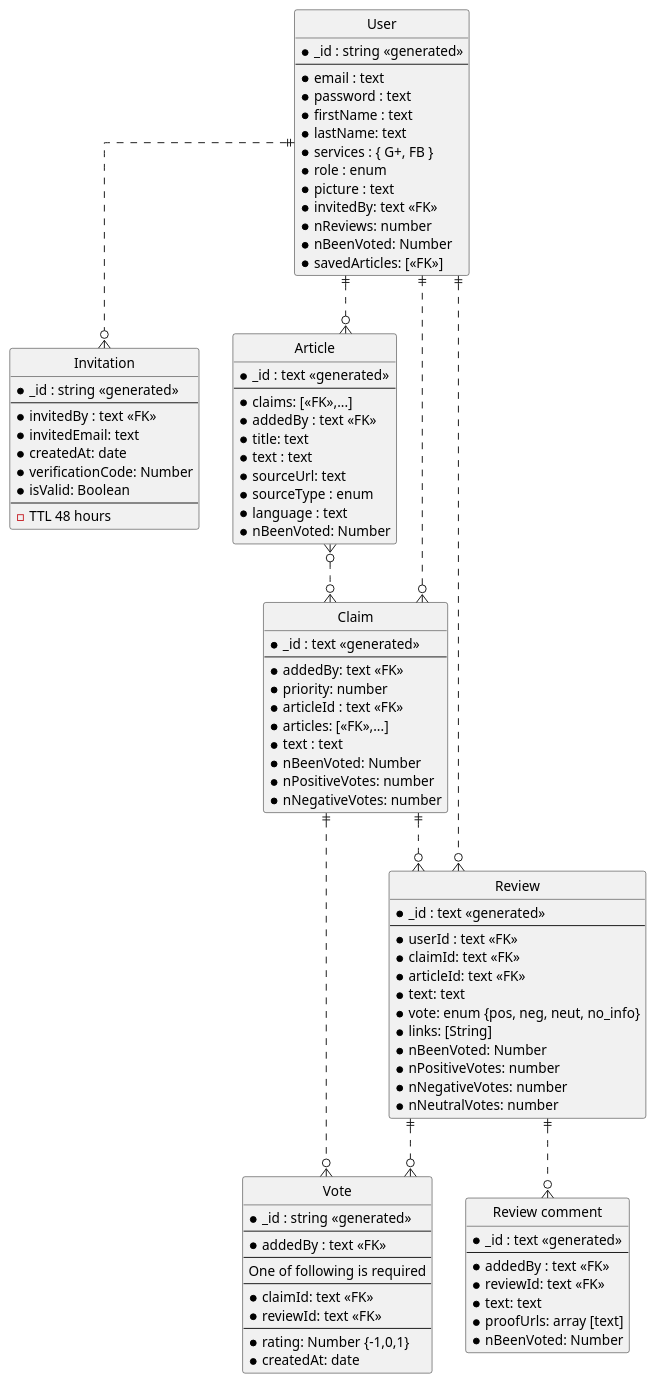
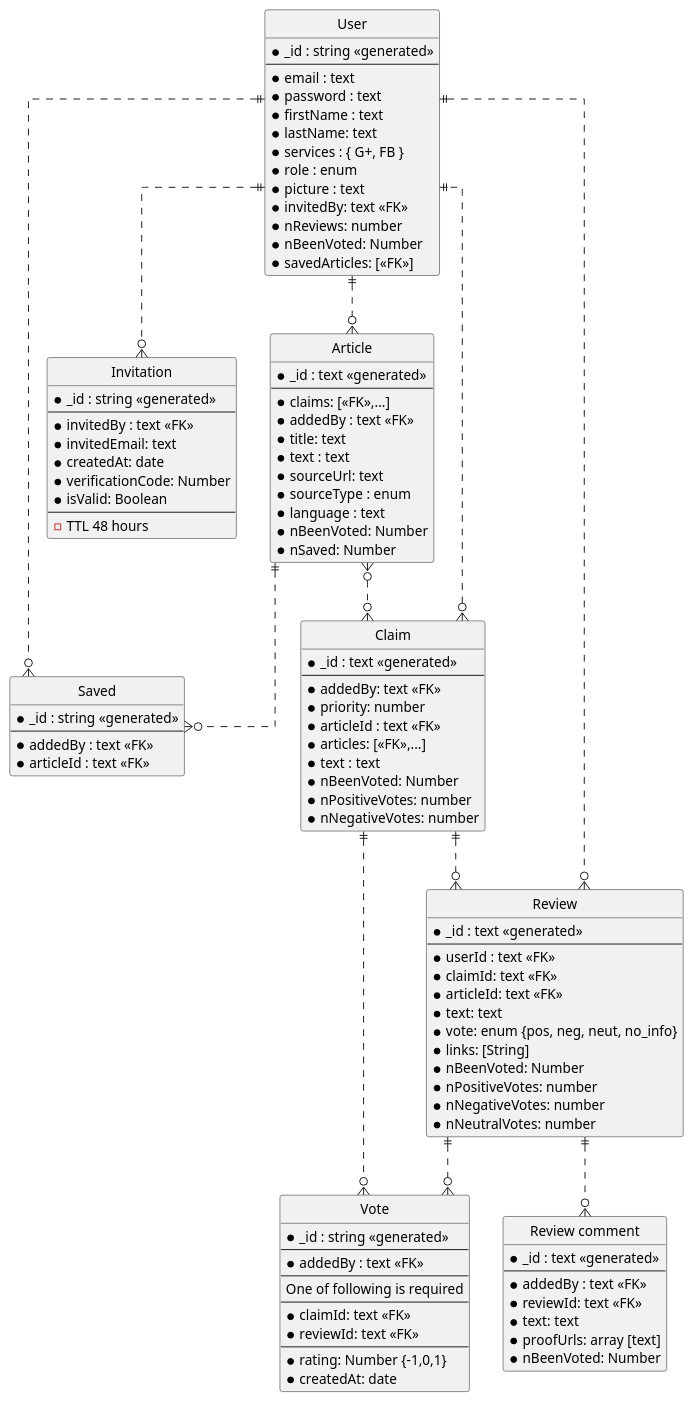
The diagram in sys_docs/entity_relations.puml (aic-factcheck/fact_checking_be), drawn with PlantUML before and after one commit. The commit also changed 5 other files, not shown here.

```diff
--- a/sys_docs/entity_relations.puml
+++ b/sys_docs/entity_relations.puml
@@ -1,115 +1,125 @@
 @startuml Entity relations
 ' hide the spot
 hide circle
 
 ' avoid problems with angled crows feet
 skinparam linetype ortho
 
 entity "User" as user {
   *_id : string <<generated>>
   --
   *email : text
   *password : text
   *firstName : text
   *lastName: text
   *services : { G+, FB }
   *role : enum
   *picture : text
   *invitedBy: text <<FK>>
   *nReviews: number
   *nBeenVoted: Number
   *savedArticles: [<<FK>>]
+}
+
+entity "Saved" as saved {
+  *_id : string <<generated>>
+  --
+  *addedBy : text <<FK>>
+  *articleId : text <<FK>>
 }
 
 entity "Invitation" as inv {
   *_id : string <<generated>>
   --
   *invitedBy : text <<FK>>
   *invitedEmail: text
   *createdAt: date
   *verificationCode: Number
   *isValid: Boolean
   --
   - TTL 48 hours
 }
 
 entity "Vote" as vote {
   *_id : string <<generated>>
   --
   *addedBy : text <<FK>>
   --
   One of following is required
   --
   ' *userId: text <<FK>>
   ' *articleId: text <<FK>>
   *claimId: text <<FK>>
   *reviewId: text <<FK>>
   --
   ' *text: Text
   *rating: Number {-1,0,1}
   *createdAt: date
 }
 
 entity "Article" as article {
   *_id : text <<generated>>
   --
   *claims: [<<FK>>,...]
   *addedBy : text <<FK>>
   *title: text
   *text : text
   *sourceUrl: text
   *sourceType : enum
   *language : text
   *nBeenVoted: Number
+  *nSaved: Number
 }
 
 entity "Claim" as claim {
   *_id : text <<generated>>
   --
   *addedBy: text <<FK>>
   *priority: number
   *articleId : text <<FK>>
   *articles: [<<FK>>,...]
   *text : text
   *nBeenVoted: Number
   *nPositiveVotes: number
   *nNegativeVotes: number
 }
 
 entity "Review" as review {
   *_id : text <<generated>>
   --
   *userId : text <<FK>>
   *claimId: text <<FK>>
   *articleId: text <<FK>>
   *text: text
   *vote: enum {pos, neg, neut, no_info}
   *links: [String]
   *nBeenVoted: Number
   *nPositiveVotes: number
   *nNegativeVotes: number
   *nNeutralVotes: number
 }
 
 entity "Review comment" as reviewComment {
   *_id : text <<generated>>
   --
   *addedBy : text <<FK>>
   *reviewId: text <<FK>>
   *text: text
   *proofUrls: array [text] 
   *nBeenVoted: Number
 }
 
 user ||..o{ article
 user ||..o{ inv
+user ||..o{ saved
 article }o..o{ claim
+article ||..o{ saved
 ' article ||..o{ vote
 user ||..o{ review
 ' user ||..o{ vote
 claim ||..o{ review
 claim }o..|| user
 claim ||..o{ vote
 review ||..o{ reviewComment
 review ||..o{ vote
 @enduml
```
